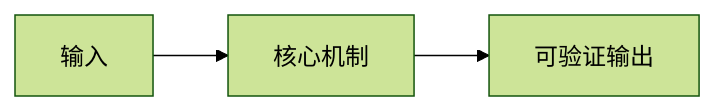
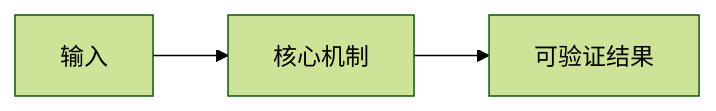
One commit to koco-co/build-goals changed the diagram in skills/obsidian-learn-topic/templates/overview-5w1h.template.md. Above: the diagram before and after it, drawn with Mermaid (forest theme). The commit also changed other lines of this file and 98 other files, not shown here.

````diff
--- a/skills/obsidian-learn-topic/templates/overview-5w1h.template.md
+++ b/skills/obsidian-learn-topic/templates/overview-5w1h.template.md
@@ -67,4 +57,4 @@
 ```mermaid
 flowchart LR
-  A["输入"] --> B["核心机制"] --> C["可验证输出"]
+  A["输入"] --> B["核心机制"] --> C["可验证结果"]
 ```
````
